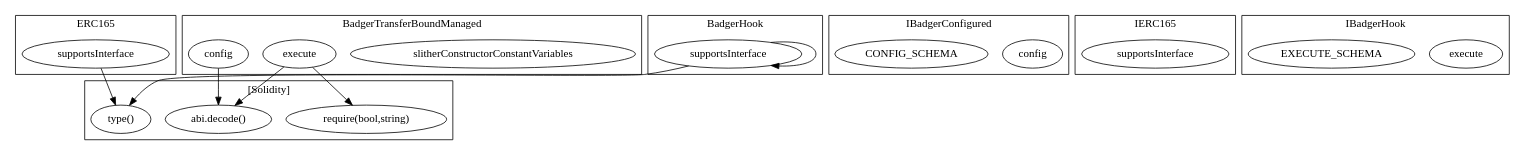
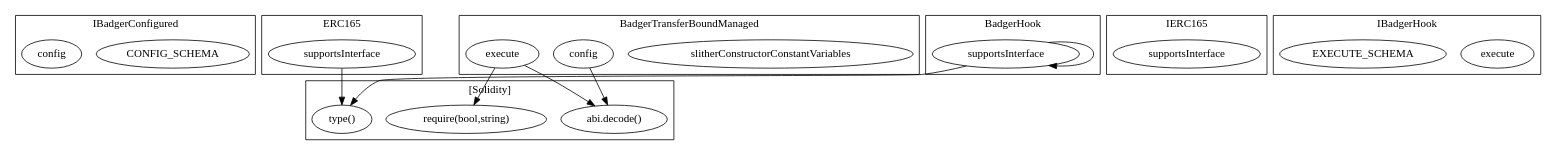
One commit to FlipsideCrypto/badger changed the diagram in contracts/build/...BadgerTransferBoundManaged.call-graph.dot. Above: the diagram before and after it, drawn with Graphviz. The commit also changed 110 other files, not shown here.

```diff
--- a/contracts/build/...BadgerTransferBoundManaged.call-graph.dot
+++ b/contracts/build/...BadgerTransferBoundManaged.call-graph.dot
@@ -1,36 +1,36 @@
 strict digraph {
-subgraph cluster_2786_ERC165 {
+subgraph cluster_6468_IBadgerConfigured {
+label = "IBadgerConfigured"
+"6468_CONFIG_SCHEMA" [label="CONFIG_SCHEMA"]
+"6468_config" [label="config"]
+}subgraph cluster_3081_ERC165 {
 label = "ERC165"
-"2786_supportsInterface" [label="supportsInterface"]
-}subgraph cluster_6086_IBadgerConfigured {
-label = "IBadgerConfigured"
-"6086_config" [label="config"]
-"6086_CONFIG_SCHEMA" [label="CONFIG_SCHEMA"]
-}subgraph cluster_2798_IERC165 {
+"3081_supportsInterface" [label="supportsInterface"]
+}subgraph cluster_6352_BadgerTransferBoundManaged {
+label = "BadgerTransferBoundManaged"
+"6352_slitherConstructorConstantVariables" [label="slitherConstructorConstantVariables"]
+"6352_config" [label="config"]
+"6352_execute" [label="execute"]
+}subgraph cluster_3093_IERC165 {
 label = "IERC165"
-"2798_supportsInterface" [label="supportsInterface"]
-}subgraph cluster_5970_BadgerTransferBoundManaged {
-label = "BadgerTransferBoundManaged"
-"5970_slitherConstructorConstantVariables" [label="slitherConstructorConstantVariables"]
-"5970_execute" [label="execute"]
-"5970_config" [label="config"]
-}subgraph cluster_4601_BadgerHook {
+"3093_supportsInterface" [label="supportsInterface"]
+}subgraph cluster_6488_IBadgerHook {
+label = "IBadgerHook"
+"6488_execute" [label="execute"]
+"6488_EXECUTE_SCHEMA" [label="EXECUTE_SCHEMA"]
+}subgraph cluster_4956_BadgerHook {
 label = "BadgerHook"
-"4601_supportsInterface" [label="supportsInterface"]
-"4601_supportsInterface" -> "4601_supportsInterface"
-}subgraph cluster_6106_IBadgerHook {
-label = "IBadgerHook"
-"6106_execute" [label="execute"]
-"6106_EXECUTE_SCHEMA" [label="EXECUTE_SCHEMA"]
+"4956_supportsInterface" [label="supportsInterface"]
+"4956_supportsInterface" -> "4956_supportsInterface"
 }subgraph cluster_solidity {
 label = "[Solidity]"
 "abi.decode()" 
+"require(bool,string)" 
 "type()" 
-"require(bool,string)" 
-"2786_supportsInterface" -> "type()"
-"5970_execute" -> "abi.decode()"
-"5970_config" -> "abi.decode()"
-"5970_execute" -> "require(bool,string)"
-"4601_supportsInterface" -> "type()"
+"3081_supportsInterface" -> "type()"
+"6352_execute" -> "require(bool,string)"
+"4956_supportsInterface" -> "type()"
+"6352_execute" -> "abi.decode()"
+"6352_config" -> "abi.decode()"
 }
 }
```
